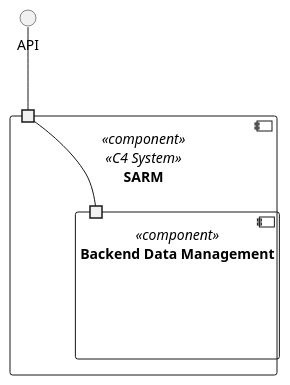
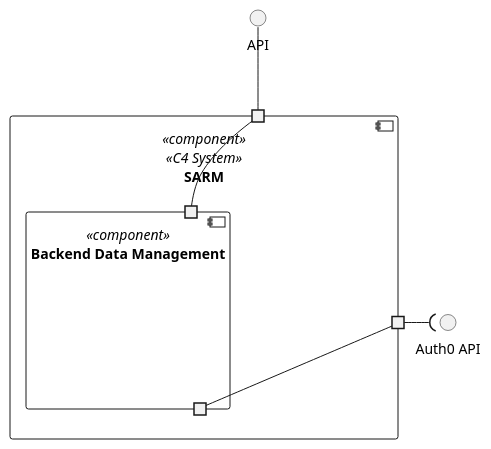
The diagram in docs/views/level2/logic-view.puml (1220846/sem5pi-24-25-3ddg20), drawn with PlantUML before and after one commit. The commit also changed 2 other files, not shown here.

```diff
--- a/docs/views/level2/logic-view.puml
+++ b/docs/views/level2/logic-view.puml
@@ -1,18 +1,23 @@
 @startuml logic-view
 top to bottom direction
 
 interface "API" as API
+interface "Auth0 API" as A0API
 
 component "SARM" <<component>> <<C4 System>> {
     portin " " as SARMPI
+    portout " " as SARMPI1
 
     component "Backend Data Management" <<component>> {
         portin " " as BackendPI
+        portout " " as BackendPI1
     }
 
 }
 
 API -- SARMPI
+SARMPI1 -r-( A0API
 SARMPI -- BackendPI
+SARMPI1 -- BackendPI1
 
 @enduml
```
